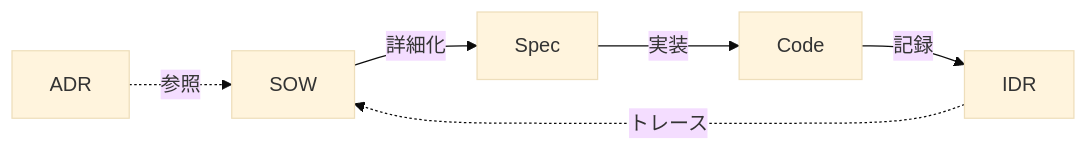
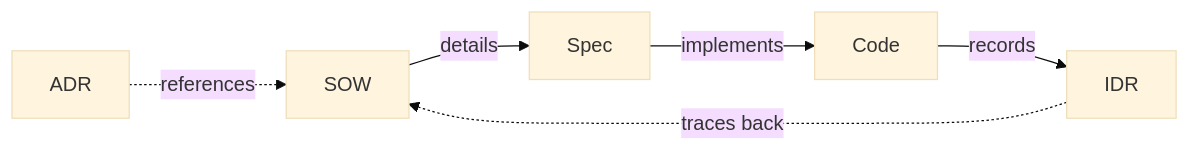
Before and after one commit to thkt/dotclaude: the diagram in .ja/docs/GLOSSARY.md, drawn with Mermaid (base theme). The commit also changed other lines of this file and 380 other files, not shown here.

````diff
--- a/.ja/docs/GLOSSARY.md
+++ b/.ja/docs/GLOSSARY.md
@@ -95,8 +81,8 @@
 ```mermaid
 flowchart LR
-    SOW -->|詳細化| Spec
-    Spec -->|実装| Code
-    Code -->|記録| IDR
-    ADR -.->|参照| SOW
-    IDR -.->|トレース| SOW
+    SOW -->|details| Spec
+    Spec -->|implements| Code
+    Code -->|records| IDR
+    ADR -.->|references| SOW
+    IDR -.->|traces back| SOW
 ```
````
